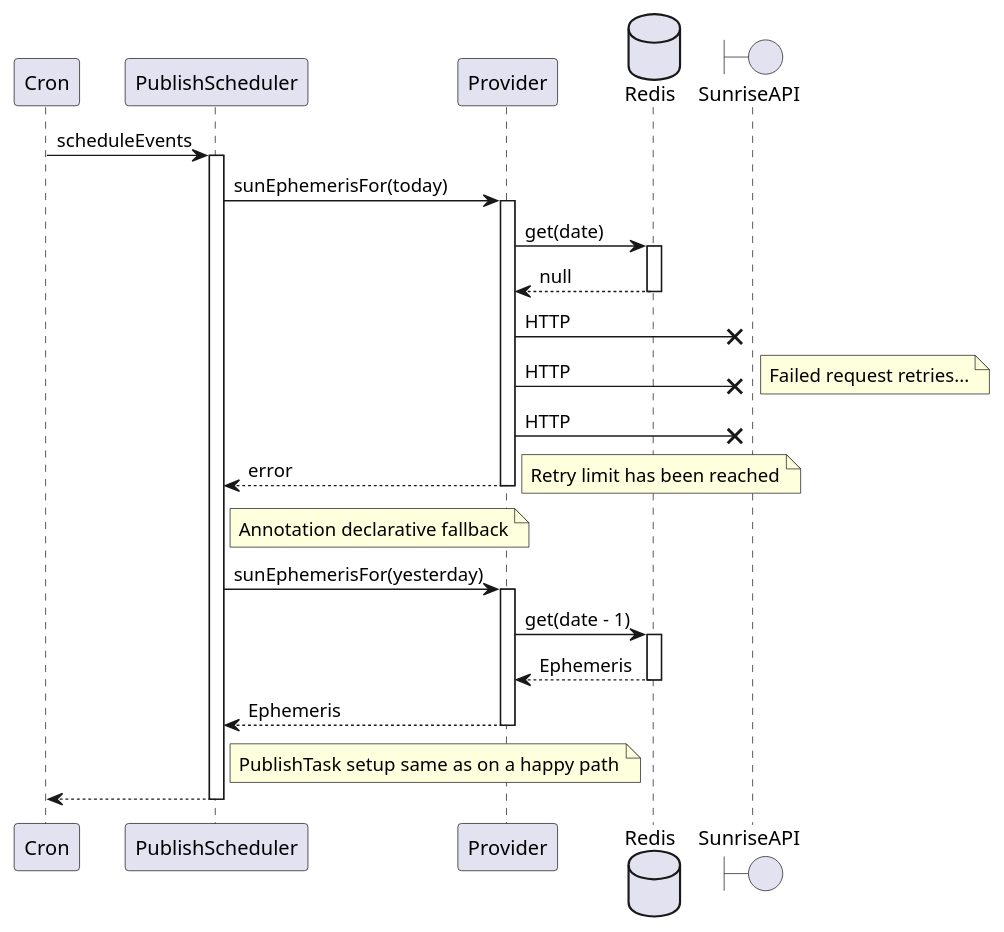
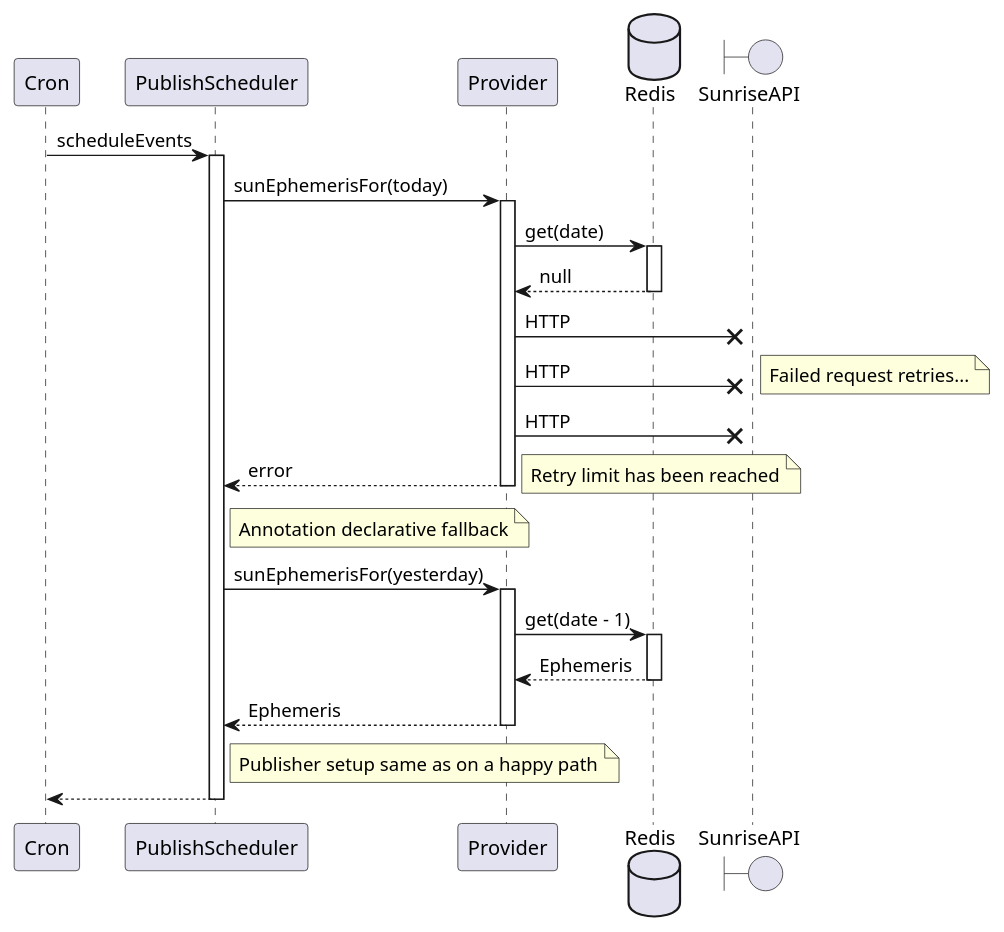
One commit to mwierzchowski/sun-ephemeris changed the diagram in etc/seq-alternate.puml. Above: the diagram before and after it, drawn with PlantUML. The commit also changed 1 other file, not shown here.

```diff
--- a/etc/seq-alternate.puml
+++ b/etc/seq-alternate.puml
@@ -1,36 +1,36 @@
 @startuml
 
 Cron -> PublishScheduler : scheduleEvents
 activate PublishScheduler
     PublishScheduler -> Provider : sunEphemerisFor(today)
     activate Provider
         database Redis
         Provider -> Redis : get(date)
         activate Redis
             Provider <-- Redis : null
         deactivate Redis
         boundary SunriseAPI
         Provider ->x SunriseAPI : HTTP
         Provider ->x SunriseAPI : HTTP
         note right : Failed request retries...
         Provider ->x SunriseAPI : HTTP
         PublishScheduler <-- Provider : error
         note right : Retry limit has been reached
     deactivate Provider
 
     note right of PublishScheduler : Annotation declarative fallback
     PublishScheduler -> Provider : sunEphemerisFor(yesterday)
     activate Provider
         Provider -> Redis : get(date - 1)
         activate Redis
             Provider <-- Redis : Ephemeris
         deactivate Redis
         PublishScheduler <-- Provider : Ephemeris
     deactivate Provider
 
-    note right of PublishScheduler : PublishTask setup same as on a happy path
+    note right of PublishScheduler : Publisher setup same as on a happy path
 
     Cron <-- PublishScheduler
 deactivate PublishScheduler
 
 @enduml
```
